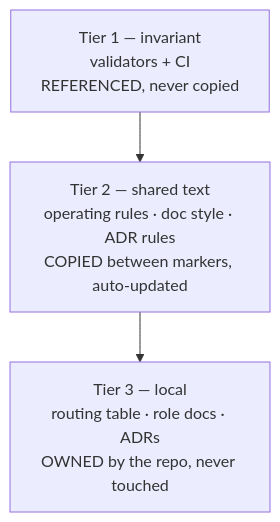
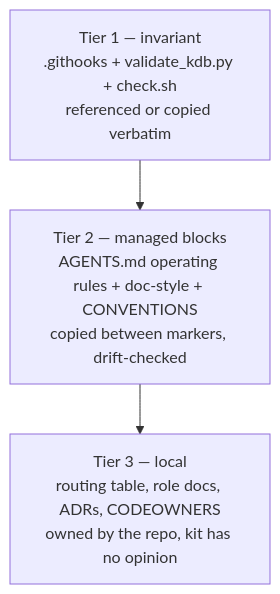
The diagram in docs/plans/agent-kit-extraction.md (sibling-shipyard/coach-hq), drawn with Mermaid before and after one commit. The commit also changed other lines of this file, not shown here.

First line of the commit message:
core: agent-kit extraction plan — tier split, lift proven scripts

````diff
--- a/docs/plans/agent-kit-extraction.md
+++ b/docs/plans/agent-kit-extraction.md
@@ -21,7 +16,7 @@
 ```mermaid
 flowchart TD
-  inv["Tier 1 — invariant<br/>validators + CI<br/>REFERENCED, never copied"]
-  man["Tier 2 — shared text<br/>operating rules · doc style · ADR rules<br/>COPIED between markers, auto-updated"]
-  loc["Tier 3 — local<br/>routing table · role docs · ADRs<br/>OWNED by the repo, never touched"]
+  inv["Tier 1 — invariant<br/>.githooks + validate_kdb.py + check.sh<br/>referenced or copied verbatim"]
+  man["Tier 2 — managed blocks<br/>AGENTS.md operating rules + doc-style + CONVENTIONS<br/>copied between markers, drift-checked"]
+  loc["Tier 3 — local<br/>routing table, role docs, ADRs, CODEOWNERS<br/>owned by the repo, kit has no opinion"]
   inv --> man --> loc
 ```
````
